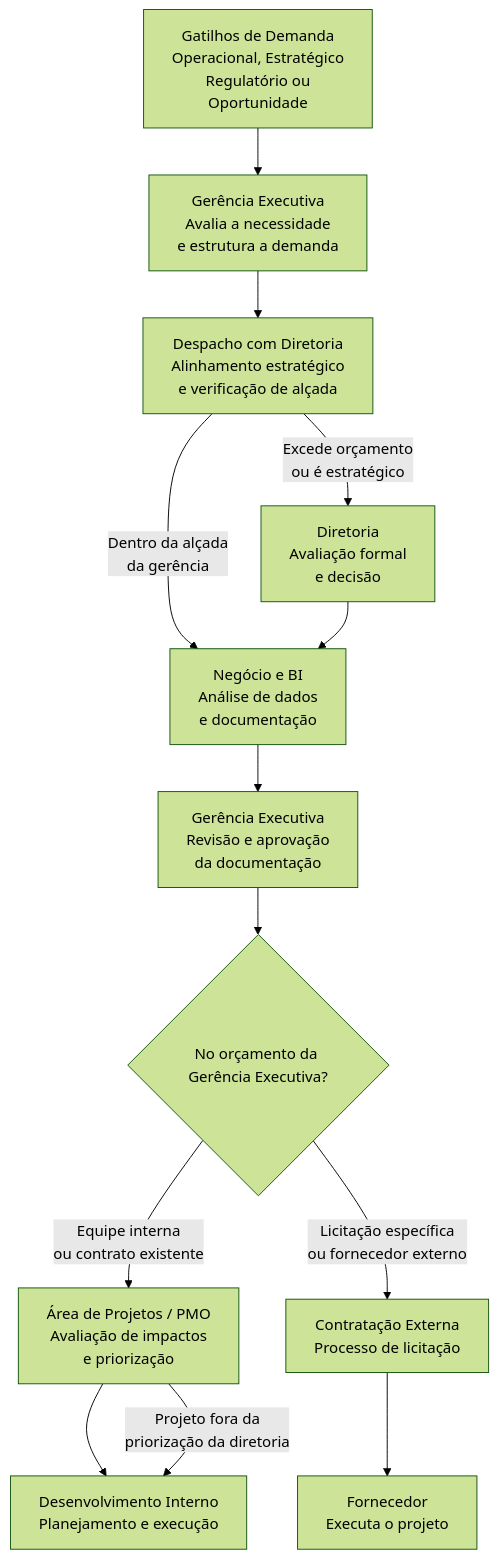
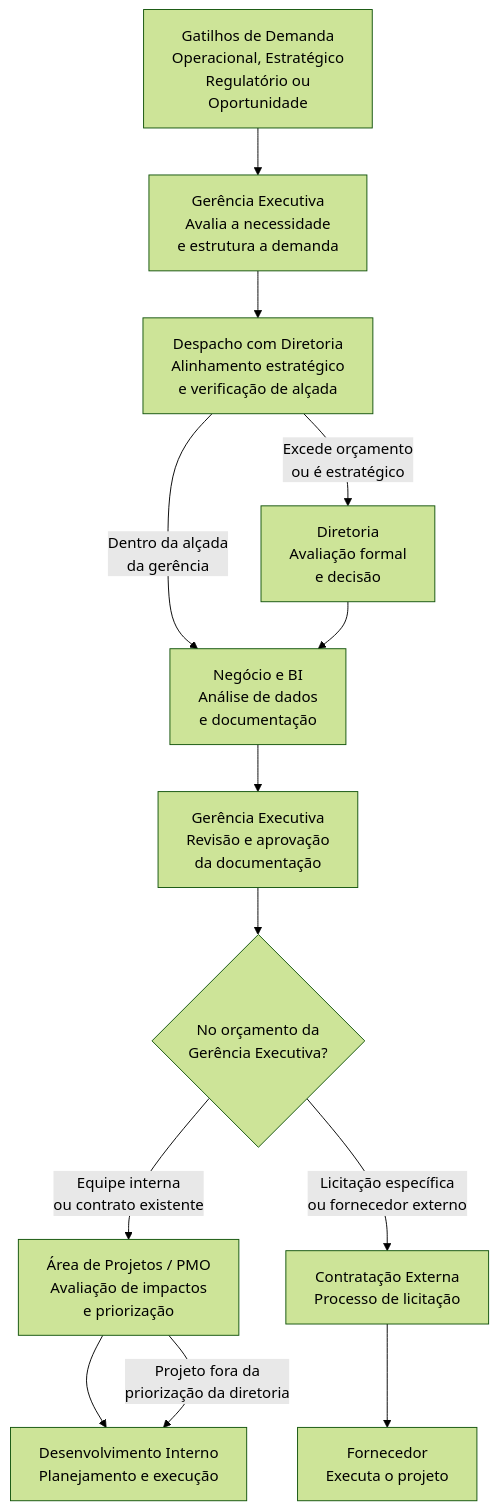
One commit to Pireddas/pireddas changed the diagram in workflow_corporativo.md. Above: the diagram before and after it, drawn with Mermaid (forest theme).

Commit message:
Fix line break in workflow diagram question

````diff
--- a/workflow_corporativo.md
+++ b/workflow_corporativo.md
@@ -166,28 +166,28 @@
 ```mermaid
 flowchart TD
     A[Gatilhos de Demanda<br/>Operacional, Estratégico<br/>Regulatório ou <br/>Oportunidade]
     
     A --> B[Gerência Executiva<br/>Avalia a necessidade<br/>e estrutura a demanda]
 
     B --> C[Despacho com Diretoria<br/>Alinhamento estratégico<br/>e verificação de alçada]
 
     C -->|Dentro da alçada<br/>da gerência| D[Negócio e BI<br/>Análise de dados<br/>e documentação]
 
     C -->|Excede orçamento<br/>ou é estratégico| E[Diretoria<br/>Avaliação formal<br/>e decisão]
 
     E --> D
 
     D --> F[Gerência Executiva<br/>Revisão e aprovação<br/>da documentação]
 
-    F --> G{No orçamento da Gerência Executiva?}
+    F --> G{No orçamento da <br/>Gerência Executiva?}
 
     G -->|Equipe interna<br/>ou contrato existente| H[Área de Projetos / PMO<br/>Avaliação de impactos<br/>e priorização]
 
     H --> I[Desenvolvimento Interno<br/>Planejamento e execução]
 
     G -->|Licitação específica<br/>ou fornecedor externo| J[Contratação Externa<br/>Processo de licitação]
 
     J --> K[Fornecedor<br/>Executa o projeto]
 
     H -->|Projeto fora da<br/>priorização da diretoria| I
 ```
````
